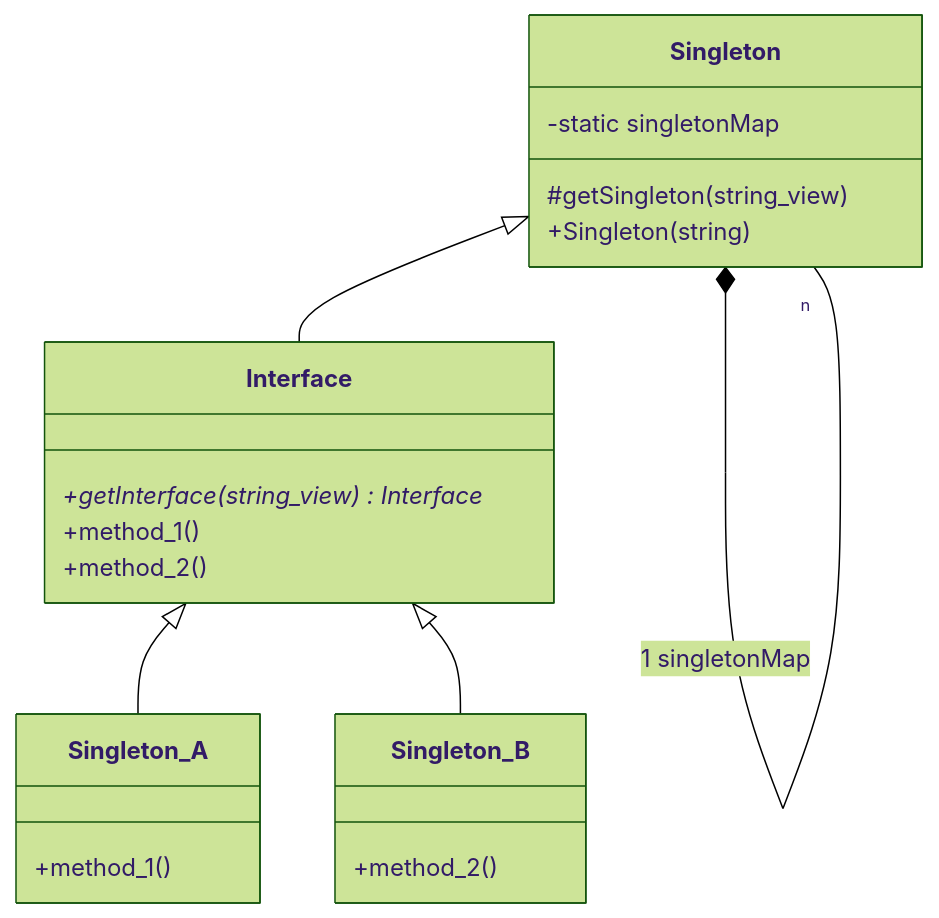
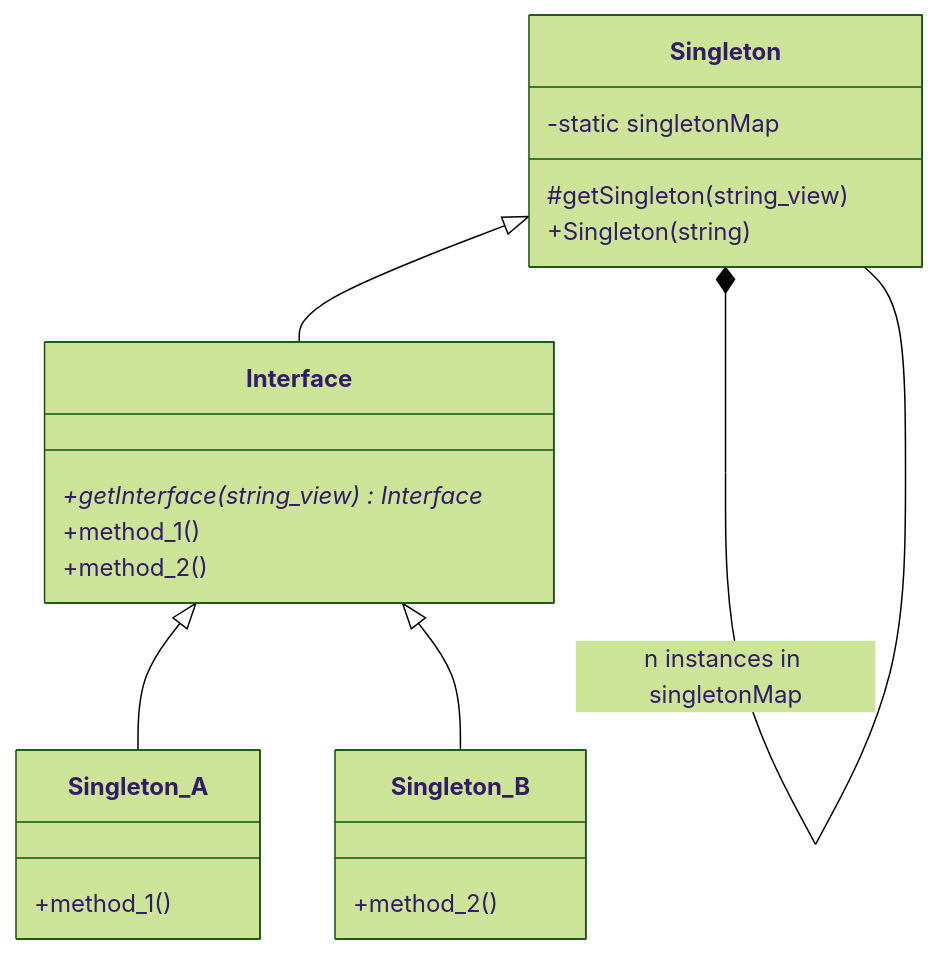
Before and after one commit to Cichlidfishexigency721/Modern-CPP-Design-Patterns: the diagram in 05_Singleton/Singleton_with_register/diagram.md, drawn with Mermaid (forest theme).

````diff
--- a/05_Singleton/Singleton_with_register/diagram.md
+++ b/05_Singleton/Singleton_with_register/diagram.md
@@ -3,30 +3,30 @@
 ```mermaid
 classDiagram
    class Singleton {
       -static singletonMap
       #getSingleton(string_view)
       +Singleton(string)
    }
 
    class Interface {
       +getInterface(string_view) Interface*
       +method_1()
       +method_2()
    }
 
    class Singleton_A {
       +method_1()
    }
 
    class Singleton_B {
       +method_2()
    }
 
    %% Inheritance hierarchy
    Singleton <|-- Interface
    Interface <|-- Singleton_A
    Interface <|-- Singleton_B
 
    %% The Registry Map: Singleton manages multiple instances of itself
-   Singleton *-- "n" Singleton : 1 singletonMap
+   Singleton *-- Singleton : n instances in singletonMap
 ```
````
